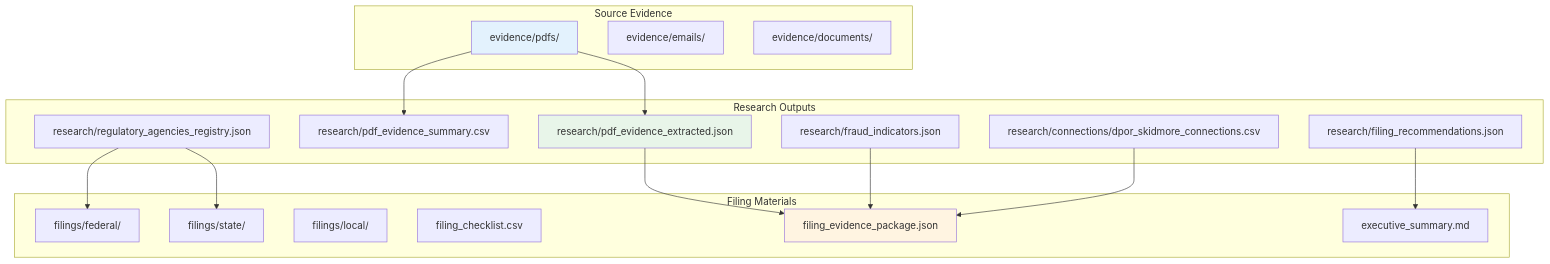
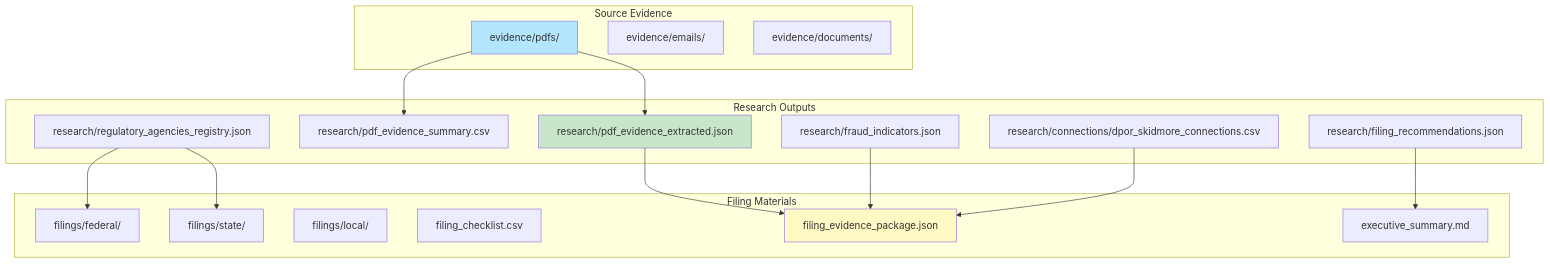
Before and after one commit to 1digitaldesign/kettler-data-analysis: the first of 2 diagrams in docs/guides/FILING_GUIDE.md, drawn with Mermaid. The commit also changed other lines of this file and 16 other files, not shown here.

First line of the commit message:
Refactor all diagrams with pastel color scheme and add new diagrams

````diff
--- a/docs/guides/FILING_GUIDE.md
+++ b/docs/guides/FILING_GUIDE.md
@@ -11,39 +11,39 @@
 ```mermaid
 graph TB
     subgraph "Filing Materials"
         F1[filings/federal/]
         F2[filings/state/]
         F3[filings/local/]
         F4[filing_checklist.csv]
         F5[filing_evidence_package.json]
         F6[executive_summary.md]
     end
 
     subgraph "Source Evidence"
         E1[evidence/pdfs/]
         E2[evidence/emails/]
         E3[evidence/documents/]
     end
 
     subgraph "Research Outputs"
         R1[research/pdf_evidence_extracted.json]
         R2[research/pdf_evidence_summary.csv]
         R3[research/regulatory_agencies_registry.json]
         R4[research/fraud_indicators.json]
         R5[research/filing_recommendations.json]
         R6[research/connections/dpor_skidmore_connections.csv]
     end
 
     E1 --> R1
     E1 --> R2
     R1 --> F5
     R3 --> F1
     R3 --> F2
     R4 --> F5
     R5 --> F6
     R6 --> F5
 
-    style F5 fill:#fff4e1
-    style R1 fill:#e8f5e9
-    style E1 fill:#e3f2fd
+    style F5 fill:#FFF9C4
+    style R1 fill:#C8E6C9
+    style E1 fill:#B3E5FC
 ```
````
